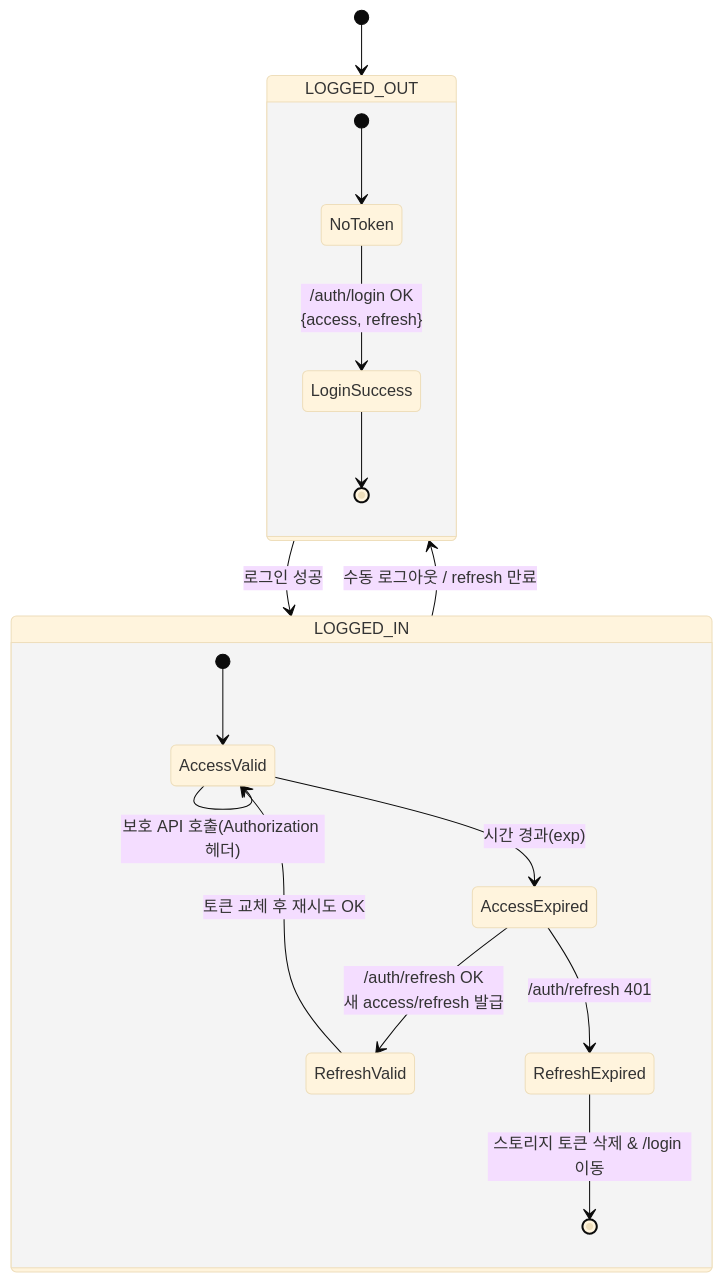
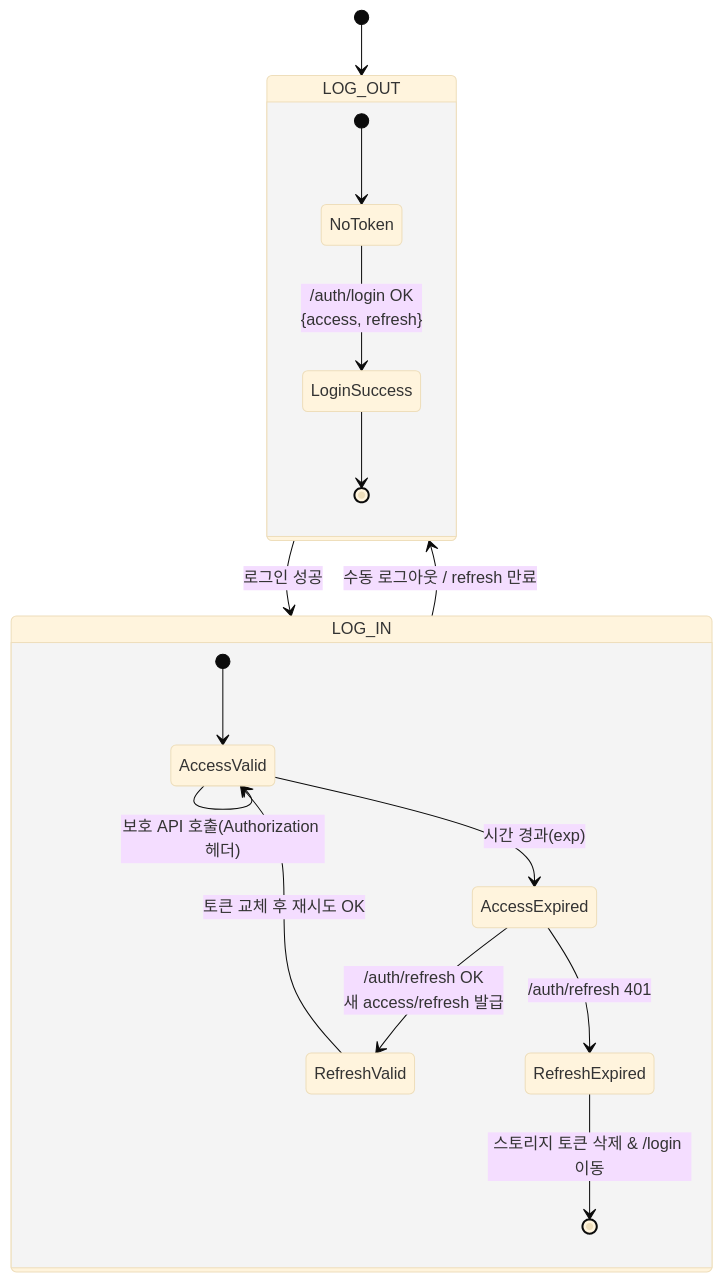
Before and after one commit to qjatn4793/chatting: the second of 6 diagrams in README.md, drawn with Mermaid (base theme).

Commit message:
[2025-10-09] README.md 오타 수정

````diff
--- a/README.md
+++ b/README.md
@@ -159,23 +159,23 @@
 ```mermaid
 stateDiagram-v2
-    [*] --> LOGGED_OUT
+    [*] --> LOG_OUT
 
-    state LOGGED_OUT {
+    state LOG_OUT {
         [*] --> NoToken
         NoToken --> LoginSuccess: /auth/login OK<br/>{access, refresh}
         LoginSuccess --> [*]
     }
 
-    LOGGED_OUT --> LOGGED_IN: 로그인 성공
-    LOGGED_IN --> LOGGED_OUT: 수동 로그아웃 / refresh 만료
+    LOG_OUT --> LOG_IN: 로그인 성공
+    LOG_IN --> LOG_OUT: 수동 로그아웃 / refresh 만료
 
-    state LOGGED_IN {
+    state LOG_IN {
         [*] --> AccessValid
         AccessValid --> AccessExpired: 시간 경과(exp)
         AccessValid --> AccessValid: 보호 API 호출(Authorization 헤더)
         AccessExpired --> RefreshValid: /auth/refresh OK<br/>새 access/refresh 발급
         RefreshValid --> AccessValid: 토큰 교체 후 재시도 OK
         AccessExpired --> RefreshExpired: /auth/refresh 401
         RefreshExpired --> [*]: 스토리지 토큰 삭제 & /login 이동
     }
 ```
````
